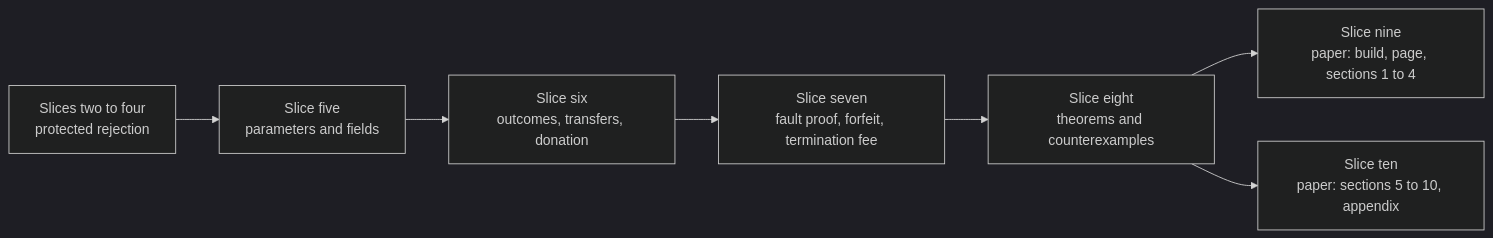
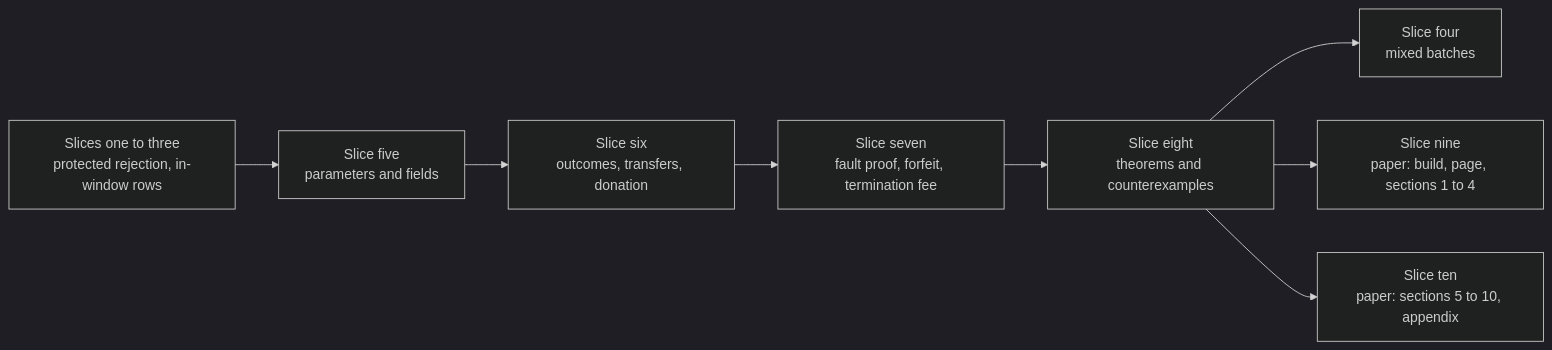
The diagram in specs/494-protected-rejection-rule/economics-plan.md (lambdasistemi/singular), drawn with Mermaid (dark theme) before and after one commit. The commit also changed other lines of this file and 9 other files, not shown here.

First line of the commit message:
docs(494): add the model rows and brief of slice five and run the economic slices before slice four

````diff
--- a/specs/494-protected-rejection-rule/economics-plan.md
+++ b/specs/494-protected-rejection-rule/economics-plan.md
@@ -14,9 +14,10 @@
 ```mermaid
 flowchart LR
-    S4[Slices two to four<br/>protected rejection] --> P5[Slice five<br/>parameters and fields]
+    S3[Slices one to three<br/>protected rejection, in-window rows] --> P5[Slice five<br/>parameters and fields]
     P5 --> P6[Slice six<br/>outcomes, transfers, donation]
     P6 --> P7[Slice seven<br/>fault proof, forfeit, termination fee]
     P7 --> P8[Slice eight<br/>theorems and counterexamples]
+    P8 --> S4[Slice four<br/>mixed batches]
     P8 --> PA[Slice nine<br/>paper: build, page, sections 1 to 4]
     P8 --> PB[Slice ten<br/>paper: sections 5 to 10, appendix]
 ```
````
